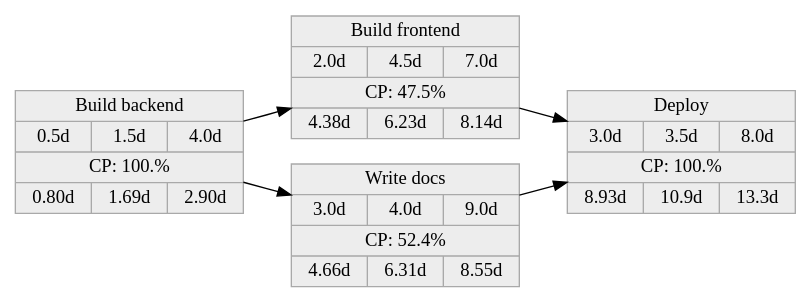
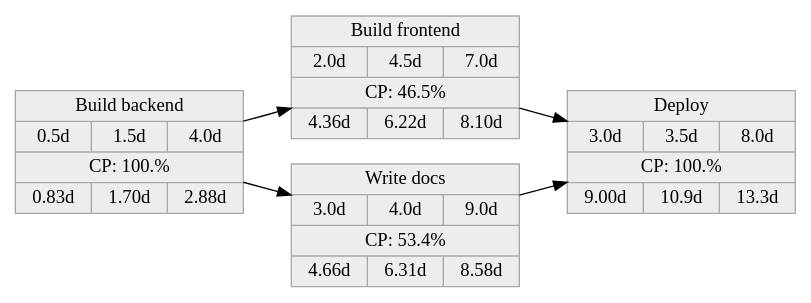
Before and after one commit to j-mueller/ernie: the diagram in example/project.dot, drawn with Graphviz. The commit also changed 4 other files, not shown here.

```diff
--- a/example/project.dot
+++ b/example/project.dot
@@ -1,14 +1,14 @@
 digraph 
 {
 node [shape=Mrecord]
 rankdir=LR
   node [color="darkgray" fillcolor="grey93" style="filled" height=".1" shape="record"]
-  "TaskID 0" [label="Build backend|{0.5d|1.5d|4.0d}|CP: 100.%|{0.80d |1.69d | 2.90d }"]
-  "TaskID 1" [label="Build frontend|{2.0d|4.5d|7.0d}|CP: 47.5%|{4.38d |6.23d | 8.14d }"]
-  "TaskID 2" [label="Write docs|{3.0d|4.0d|9.0d}|CP: 52.4%|{4.66d |6.31d | 8.55d }"]
-  "TaskID 3" [label="Deploy|{3.0d|3.5d|8.0d}|CP: 100.%|{8.93d |10.9d | 13.3d }"]
+  "TaskID 0" [label="Build backend|{0.5d|1.5d|4.0d}|CP: 100.%|{0.83d |1.70d | 2.88d }"]
+  "TaskID 1" [label="Build frontend|{2.0d|4.5d|7.0d}|CP: 46.5%|{4.36d |6.22d | 8.10d }"]
+  "TaskID 2" [label="Write docs|{3.0d|4.0d|9.0d}|CP: 53.4%|{4.66d |6.31d | 8.58d }"]
+  "TaskID 3" [label="Deploy|{3.0d|3.5d|8.0d}|CP: 100.%|{9.00d |10.9d | 13.3d }"]
   "TaskID 0" -> "TaskID 1"
   "TaskID 0" -> "TaskID 2"
   "TaskID 1" -> "TaskID 3"
   "TaskID 2" -> "TaskID 3"
 }
```
